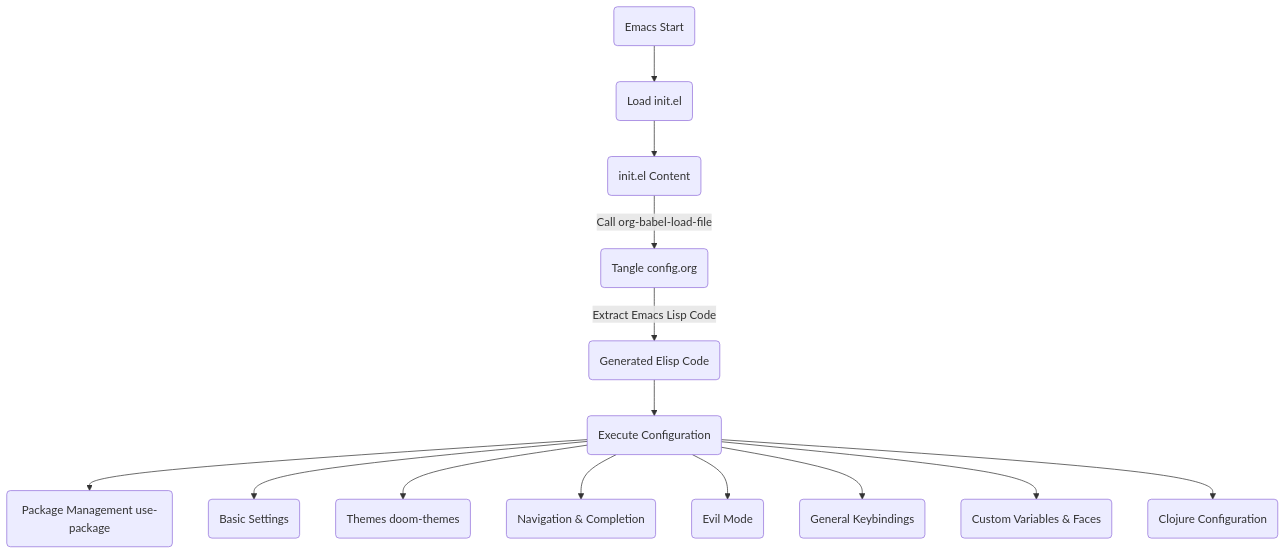
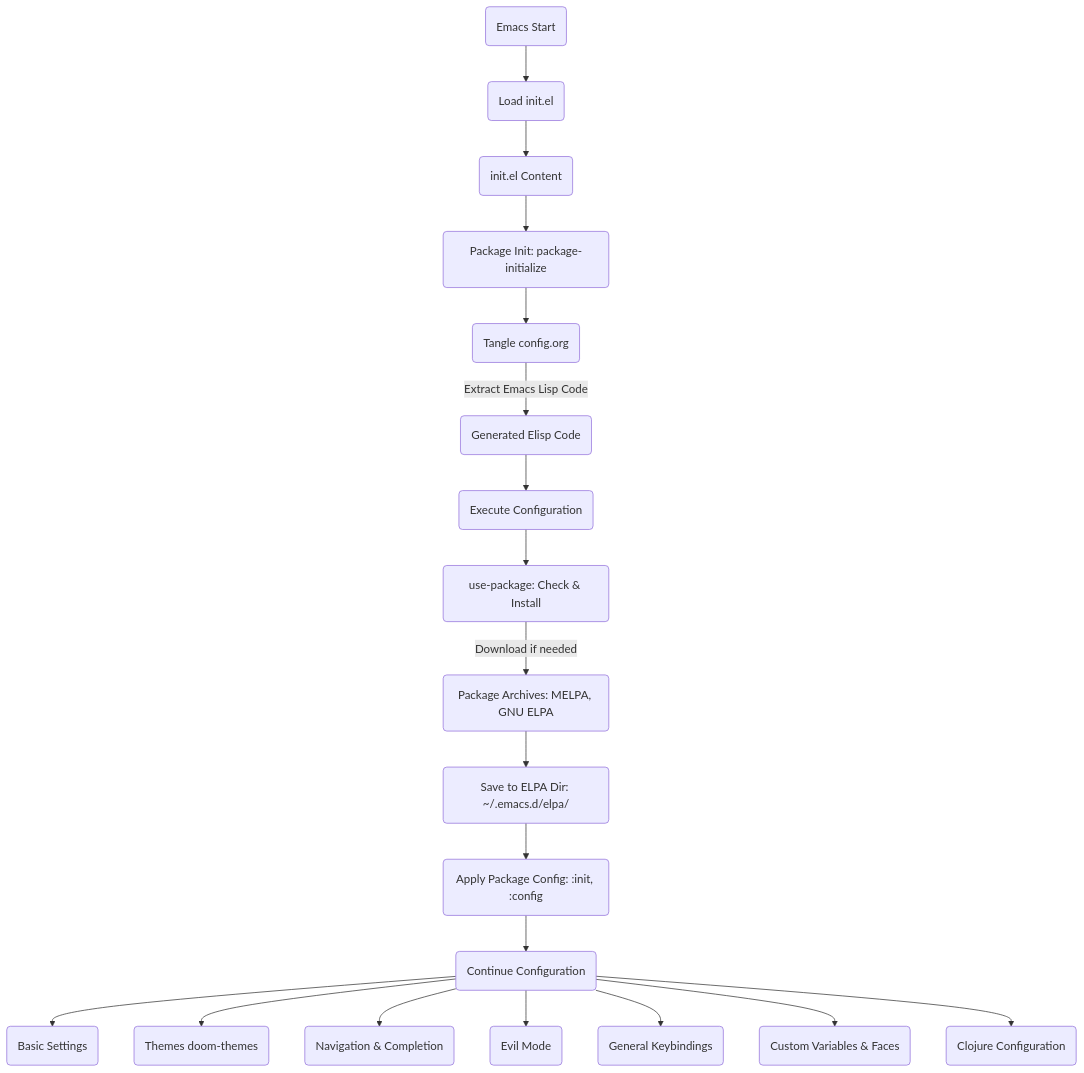
Before and after one commit to sa82trip/dotfiles: the diagram in emacs_config_flow.md, drawn with Mermaid. The commit also changed 5 other files, not shown here.

Commit message:
feat(emacs): Add smartparens package and update docs

````diff
--- a/emacs_config_flow.md
+++ b/emacs_config_flow.md
@@ -1,16 +1,23 @@
 ```mermaid
 graph TD
     A(Emacs Start) --> B(Load init.el)
     B --> C(init.el Content)
-    C -- "Call org-babel-load-file" --> D(Tangle config.org)
+    C --> P1(Package Init: package-initialize)
+    P1 --> D(Tangle config.org)
     D -- "Extract Emacs Lisp Code" --> E(Generated Elisp Code)
     E --> F(Execute Configuration)
-    F --> G(Package Management use-package)
-    F --> H(Basic Settings)
-    F --> I(Themes doom-themes)
-    F --> J(Navigation & Completion)
-    F --> K(Evil Mode)
-    F --> L(General Keybindings)
-    F --> M(Custom Variables & Faces)
-    F --> N(Clojure Configuration)
+
+    F --> G(use-package: Check & Install)
+    G -- "Download if needed" --> G_ARCHIVES(Package Archives: MELPA, GNU ELPA)
+    G_ARCHIVES --> G_ELPA_DIR(Save to ELPA Dir: ~/.emacs.d/elpa/)
+    G_ELPA_DIR --> G_CONFIG(Apply Package Config: :init, :config)
+    G_CONFIG --> F_CONTINUE(Continue Configuration)
+
+    F_CONTINUE --> H(Basic Settings)
+    F_CONTINUE --> I(Themes doom-themes)
+    F_CONTINUE --> J(Navigation & Completion)
+    F_CONTINUE --> K(Evil Mode)
+    F_CONTINUE --> L(General Keybindings)
+    F_CONTINUE --> M(Custom Variables & Faces)
+    F_CONTINUE --> N(Clojure Configuration)
 ```
````
